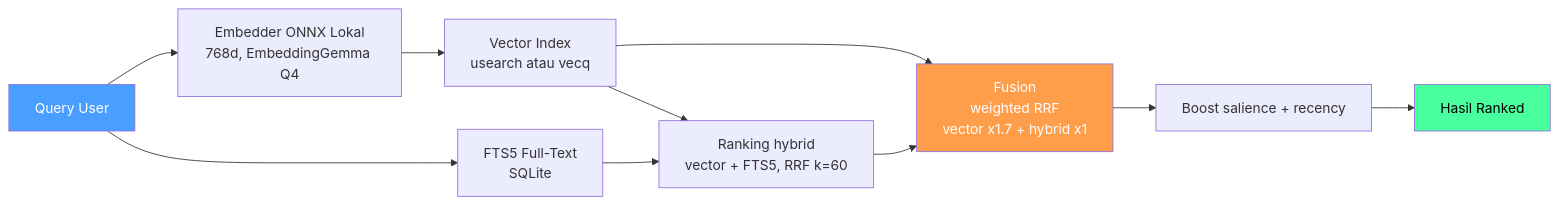
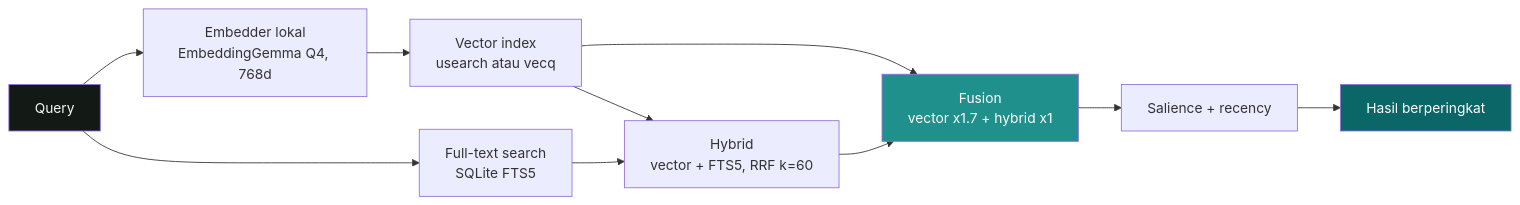
The diagram in README.id.md (codecoradev/uteke), drawn with Mermaid before and after one commit. The commit also changed other lines of this file and 6 other files, not shown here.

````diff
--- a/README.id.md
+++ b/README.id.md
@@ -266,16 +215,16 @@
 ```mermaid
 graph LR
-    Input[Query User] --> Embed[Embedder ONNX Lokal<br/>768d, EmbeddingGemma Q4]
-    Input --> FTS5[FTS5 Full-Text<br/>SQLite]
-    Embed --> Vec[Vector Index<br/>usearch atau vecq]
-    Vec --> Hybrid[Ranking hybrid<br/>vector + FTS5, RRF k=60]
+    Input[Query] --> Embed[Embedder lokal<br/>EmbeddingGemma Q4, 768d]
+    Input --> FTS5[Full-text search<br/>SQLite FTS5]
+    Embed --> Vec[Vector index<br/>usearch atau vecq]
+    Vec --> Hybrid[Hybrid<br/>vector + FTS5, RRF k=60]
     FTS5 --> Hybrid
-    Vec --> Fusion[Fusion<br/>weighted RRF<br/>vector x1.7 + hybrid x1]
+    Vec --> Fusion[Fusion<br/>vector x1.7 + hybrid x1]
     Hybrid --> Fusion
-    Fusion --> Boost[Boost salience + recency]
-    Boost --> Results[Hasil Ranked]
+    Fusion --> Boost[Salience + recency]
+    Boost --> Results[Hasil berperingkat]
 
-    style Input fill:#4a9eff,color:#fff
-    style Results fill:#4aff9e,color:#000
-    style Fusion fill:#ff9e4a,color:#fff
+    style Input fill:#131A15,color:#F3F8F4
+    style Fusion fill:#1F908C,color:#fff
+    style Results fill:#0B6667,color:#fff
 ```
````
